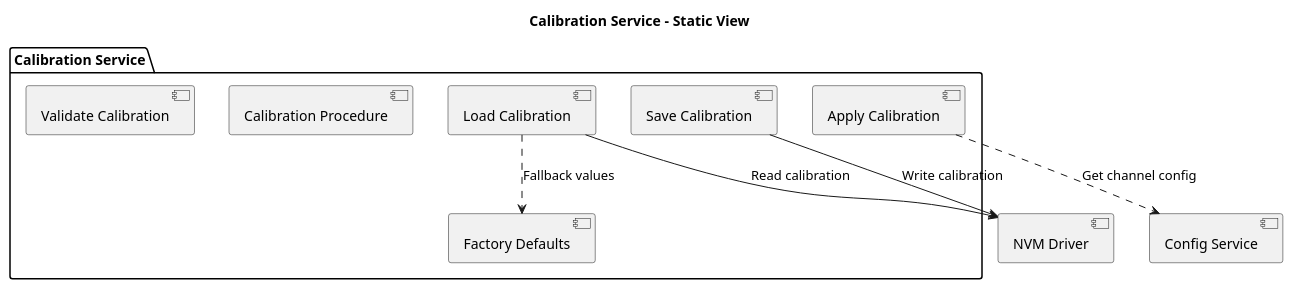
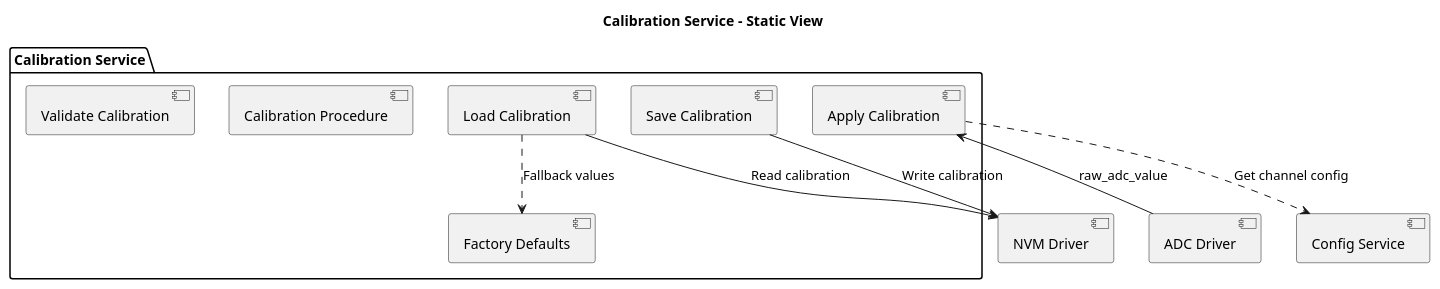
Before and after one commit to LinhTrucVo/Bico_Protocol_Bridge: the diagram in 2_architecture/fucntionView/layer2Service/calibrationService/staticView.puml, drawn with PlantUML. The commit also changed 210 other files, not shown here.

```diff
--- a/2_architecture/fucntionView/layer2Service/calibrationService/staticView.puml
+++ b/2_architecture/fucntionView/layer2Service/calibrationService/staticView.puml
@@ -1,22 +1,24 @@
 @startuml
 
 title Calibration Service - Static View
 
 package "Calibration Service" {
     [Load Calibration] as load
     [Save Calibration] as save
     [Apply Calibration] as apply
     [Calibration Procedure] as procedure
     [Validate Calibration] as validator
     [Factory Defaults] as defaults
 }
 
+[ADC Driver] as adcDriver
 [NVM Driver] as nvmDriver
 [Config Service] as configService
 
 load --> nvmDriver : Read calibration
 save --> nvmDriver : Write calibration
 load ..> defaults : Fallback values
+apply <-- adcDriver : raw_adc_value
 apply ..> configService : Get channel config
 
 @enduml
```
